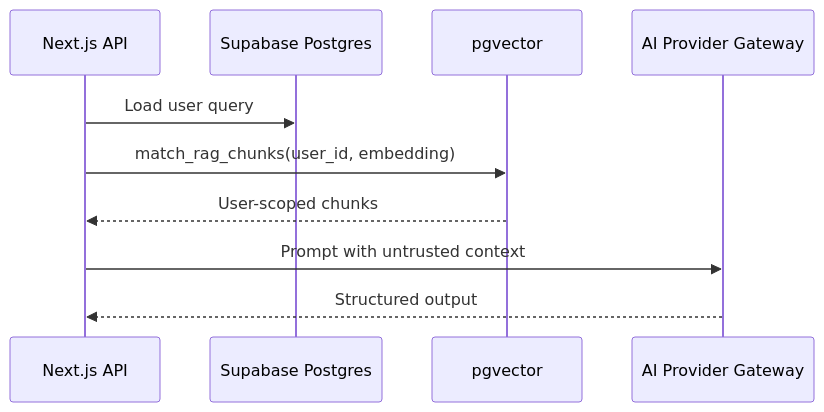
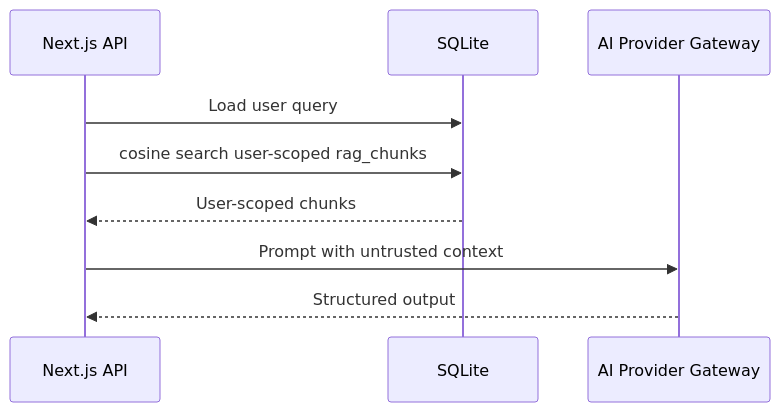
The diagram in docs/rag/retrieval-flow.md (RyoyaYahagi/Ruletrade-AI), drawn with Mermaid before and after one commit. The commit also changed 321 other files, not shown here.

Commit message:
Remove Supabase and adopt SQLite-only runtime

````diff
--- a/docs/rag/retrieval-flow.md
+++ b/docs/rag/retrieval-flow.md
@@ -3,13 +3,12 @@
 ```mermaid
 sequenceDiagram
   participant API as Next.js API
-  participant DB as Supabase Postgres
-  participant V as pgvector
+  participant DB as SQLite
   participant AI as AI Provider Gateway
 
   API->>DB: Load user query
-  API->>V: match_rag_chunks(user_id, embedding)
-  V-->>API: User-scoped chunks
+  API->>DB: cosine search user-scoped rag_chunks
+  DB-->>API: User-scoped chunks
   API->>AI: Prompt with untrusted context
   AI-->>API: Structured output
 ```
````
